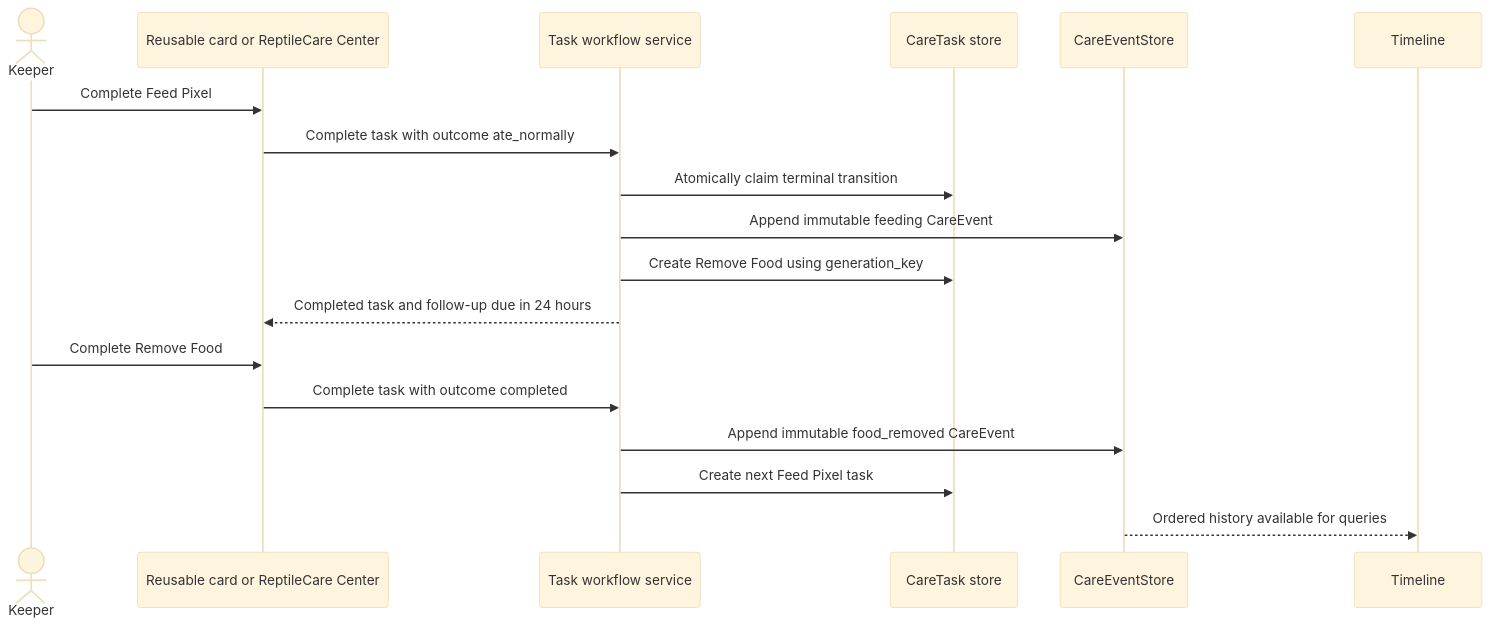
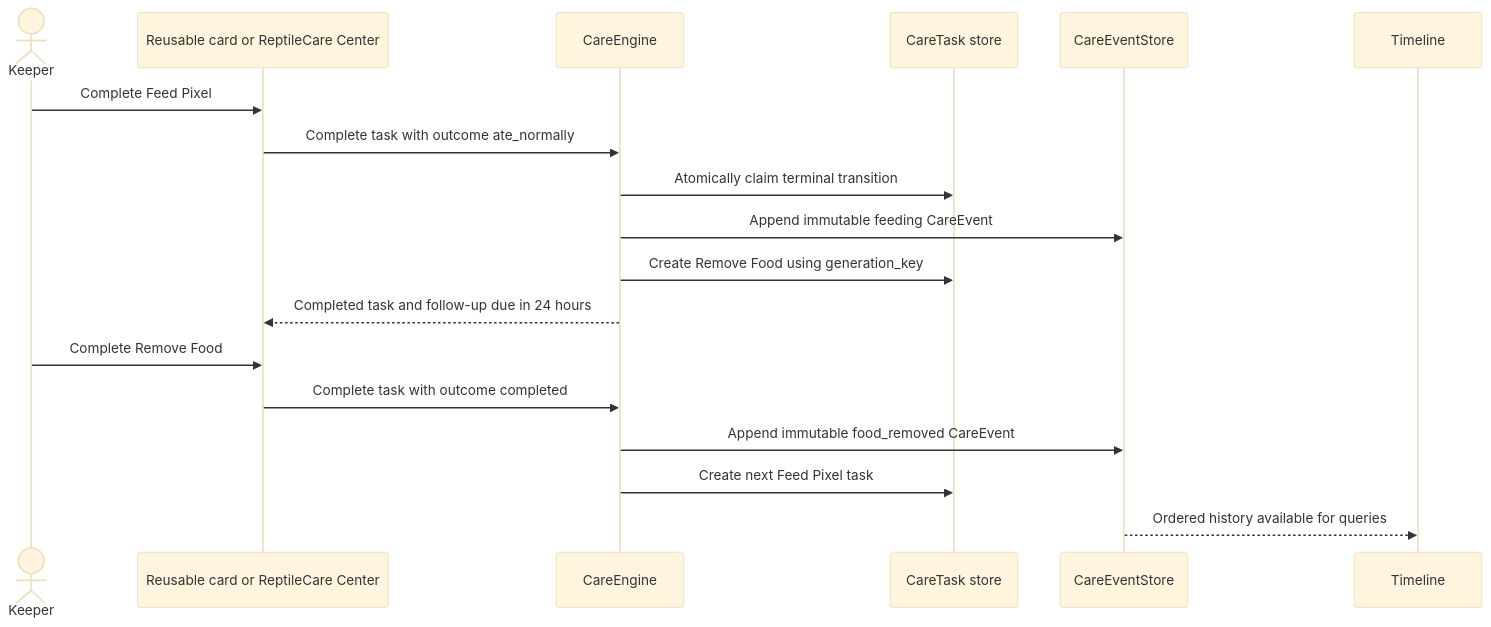
One commit to NolanBecker/ha-reptilecare changed the third of 3 diagrams in docs/CORE_DOMAIN_DESIGN.md. Above: the diagram before and after it, drawn with Mermaid (base theme). The commit also changed other lines of this file and 25 other files, not shown here.

Commit message:
Implement CareEngine execution loop

````diff
--- a/docs/CORE_DOMAIN_DESIGN.md
+++ b/docs/CORE_DOMAIN_DESIGN.md
@@ -357,21 +357,21 @@
 ```mermaid
 sequenceDiagram
     actor Keeper
     participant UI as Reusable card or ReptileCare Center
-    participant Workflow as Task workflow service
+    participant Workflow as CareEngine
     participant Tasks as CareTask store
     participant Events as CareEventStore
     participant Timeline
 
     Keeper->>UI: Complete Feed Pixel
     UI->>Workflow: Complete task with outcome ate_normally
     Workflow->>Tasks: Atomically claim terminal transition
     Workflow->>Events: Append immutable feeding CareEvent
     Workflow->>Tasks: Create Remove Food using generation_key
     Workflow-->>UI: Completed task and follow-up due in 24 hours
     Keeper->>UI: Complete Remove Food
     UI->>Workflow: Complete task with outcome completed
     Workflow->>Events: Append immutable food_removed CareEvent
     Workflow->>Tasks: Create next Feed Pixel task
     Events-->>Timeline: Ordered history available for queries
 ```
````
